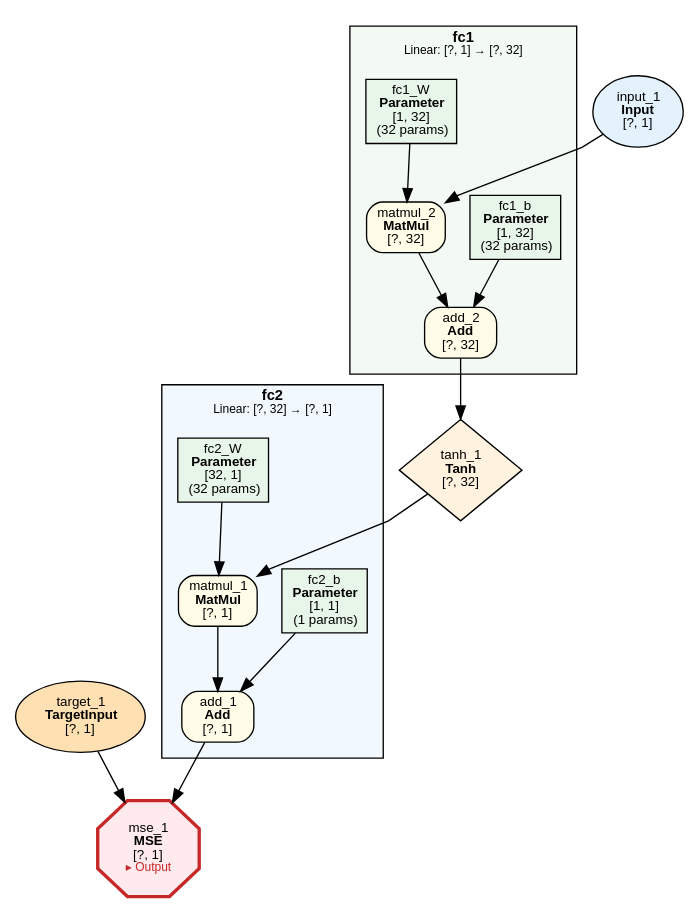
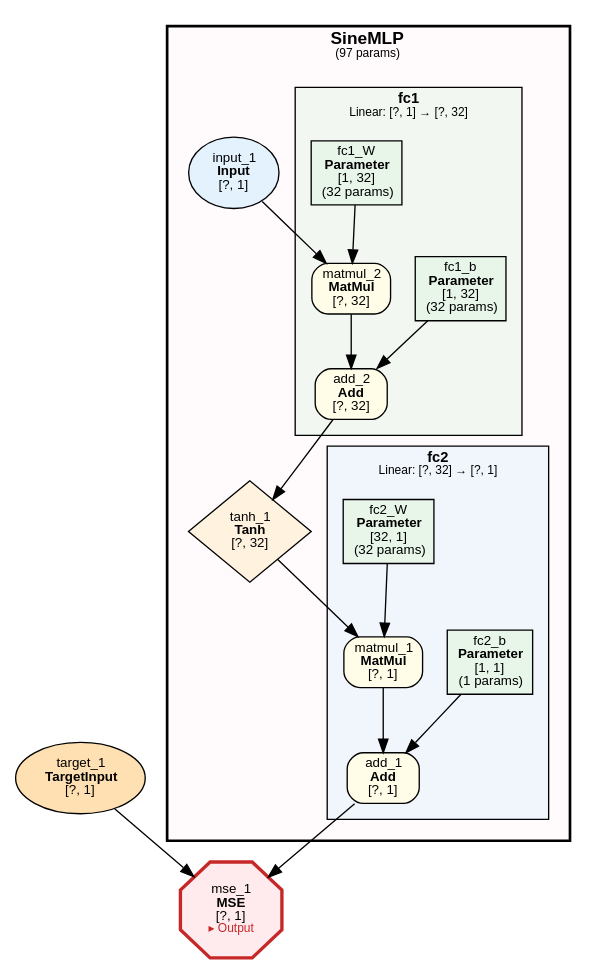
The diagram in examples/sine_regression/sine_regression.dot (dbsxdbsx/only_torch), drawn with Graphviz before and after one commit. The commit also changed 29 other files, not shown here.

```diff
--- a/examples/sine_regression/sine_regression.dot
+++ b/examples/sine_regression/sine_regression.dot
@@ -1,50 +1,60 @@
 digraph ComputeGraph {
     rankdir=TB;
     newrank=true;
     splines=polyline;
     node [fontname="Microsoft YaHei,SimHei,Arial"];
     edge [fontname="Microsoft YaHei,SimHei,Arial"];
 
-    subgraph cluster_group_linear_1 {
-        label=<<B>fc2</B><BR/><FONT POINT-SIZE="9">Linear: [?, 32] → [?, 1]</FONT>>;
-        style=filled;
-        fillcolor="#E3F2FD80";
+    subgraph cluster_model_SineMLP {
+        label=<<B>SineMLP</B><BR/><FONT POINT-SIZE="9">(97 params)</FONT>>;
+        style="filled,bold";
+        fillcolor="#FFEBEE40";
         fontname="Microsoft YaHei,SimHei,Arial";
-        fontsize=11;
-        margin=12;
-            "2" [label=<add_1<BR/><B>Add</B><BR/>[?, 1]> shape=box style="filled,rounded" fillcolor="#FFFDE7" fontsize=10];
-            "4" [label=<matmul_1<BR/><B>MatMul</B><BR/>[?, 1]> shape=box style="filled,rounded" fillcolor="#FFFDE7" fontsize=10];
-            "5" [label=<fc2_b<BR/><B>Parameter</B><BR/>[1, 1]<BR/>(1 params)> shape=box style=filled fillcolor="#E8F5E9" fontsize=10];
-            "7" [label=<fc2_W<BR/><B>Parameter</B><BR/>[32, 1]<BR/>(32 params)> shape=box style=filled fillcolor="#E8F5E9" fontsize=10];
-    }
+        fontsize=13;
+        margin=16;
 
-    subgraph cluster_group_linear_0 {
-        label=<<B>fc1</B><BR/><FONT POINT-SIZE="9">Linear: [?, 1] → [?, 32]</FONT>>;
-        style=filled;
-        fillcolor="#E8F5E980";
-        fontname="Microsoft YaHei,SimHei,Arial";
-        fontsize=11;
-        margin=12;
-            "8" [label=<add_2<BR/><B>Add</B><BR/>[?, 32]> shape=box style="filled,rounded" fillcolor="#FFFDE7" fontsize=10];
-            "9" [label=<matmul_2<BR/><B>MatMul</B><BR/>[?, 32]> shape=box style="filled,rounded" fillcolor="#FFFDE7" fontsize=10];
-            "10" [label=<fc1_b<BR/><B>Parameter</B><BR/>[1, 32]<BR/>(32 params)> shape=box style=filled fillcolor="#E8F5E9" fontsize=10];
-            "12" [label=<fc1_W<BR/><B>Parameter</B><BR/>[1, 32]<BR/>(32 params)> shape=box style=filled fillcolor="#E8F5E9" fontsize=10];
+        subgraph cluster_SineMLP_fc2 {
+            label=<<B>fc2</B><BR/><FONT POINT-SIZE="9">Linear: [?, 32] → [?, 1]</FONT>>;
+            style=filled;
+            fillcolor="#E3F2FD80";
+            fontname="Microsoft YaHei,SimHei,Arial";
+            fontsize=11;
+            margin=12;
+                "2" [label=<add_1<BR/><B>Add</B><BR/>[?, 1]> shape=box style="filled,rounded" fillcolor="#FFFDE7" fontsize=10];
+                "4" [label=<matmul_1<BR/><B>MatMul</B><BR/>[?, 1]> shape=box style="filled,rounded" fillcolor="#FFFDE7" fontsize=10];
+                "5" [label=<fc2_b<BR/><B>Parameter</B><BR/>[1, 1]<BR/>(1 params)> shape=box style=filled fillcolor="#E8F5E9" fontsize=10];
+                "7" [label=<fc2_W<BR/><B>Parameter</B><BR/>[32, 1]<BR/>(32 params)> shape=box style=filled fillcolor="#E8F5E9" fontsize=10];
+        }
+
+        subgraph cluster_SineMLP_fc1 {
+            label=<<B>fc1</B><BR/><FONT POINT-SIZE="9">Linear: [?, 1] → [?, 32]</FONT>>;
+            style=filled;
+            fillcolor="#E8F5E980";
+            fontname="Microsoft YaHei,SimHei,Arial";
+            fontsize=11;
+            margin=12;
+                "8" [label=<add_2<BR/><B>Add</B><BR/>[?, 32]> shape=box style="filled,rounded" fillcolor="#FFFDE7" fontsize=10];
+                "9" [label=<matmul_2<BR/><B>MatMul</B><BR/>[?, 32]> shape=box style="filled,rounded" fillcolor="#FFFDE7" fontsize=10];
+                "10" [label=<fc1_b<BR/><B>Parameter</B><BR/>[1, 32]<BR/>(32 params)> shape=box style=filled fillcolor="#E8F5E9" fontsize=10];
+                "12" [label=<fc1_W<BR/><B>Parameter</B><BR/>[1, 32]<BR/>(32 params)> shape=box style=filled fillcolor="#E8F5E9" fontsize=10];
+        }
+
+        "6" [label=<tanh_1<BR/><B>Tanh</B><BR/>[?, 32]> shape=diamond style=filled fillcolor="#FFF3E0" fontsize=10];
+        "11" [label=<input_1<BR/><B>Input</B><BR/>[?, 1]> shape=ellipse style=filled fillcolor="#E3F2FD" fontsize=10];
     }
 
     "1" [label=<mse_1<BR/><B>MSE</B><BR/>[?, 1]<BR/><FONT COLOR="#C62828" POINT-SIZE="9">▸ Output</FONT>> shape=octagon style=filled fillcolor="#FFEBEE" fontsize=10 penwidth=2.5 color="#C62828"];
     "3" [label=<target_1<BR/><B>TargetInput</B><BR/>[?, 1]> shape=ellipse style=filled fillcolor="#FFE0B2" fontsize=10];
-    "6" [label=<tanh_1<BR/><B>Tanh</B><BR/>[?, 32]> shape=diamond style=filled fillcolor="#FFF3E0" fontsize=10];
-    "11" [label=<input_1<BR/><B>Input</B><BR/>[?, 1]> shape=ellipse style=filled fillcolor="#E3F2FD" fontsize=10];
 
     "2" -> "1";
     "3" -> "1";
     "4" -> "2";
     "5" -> "2";
     "6" -> "4";
     "7" -> "4";
     "8" -> "6";
     "9" -> "8";
     "10" -> "8";
     "11" -> "9";
     "12" -> "9";
 }
```
